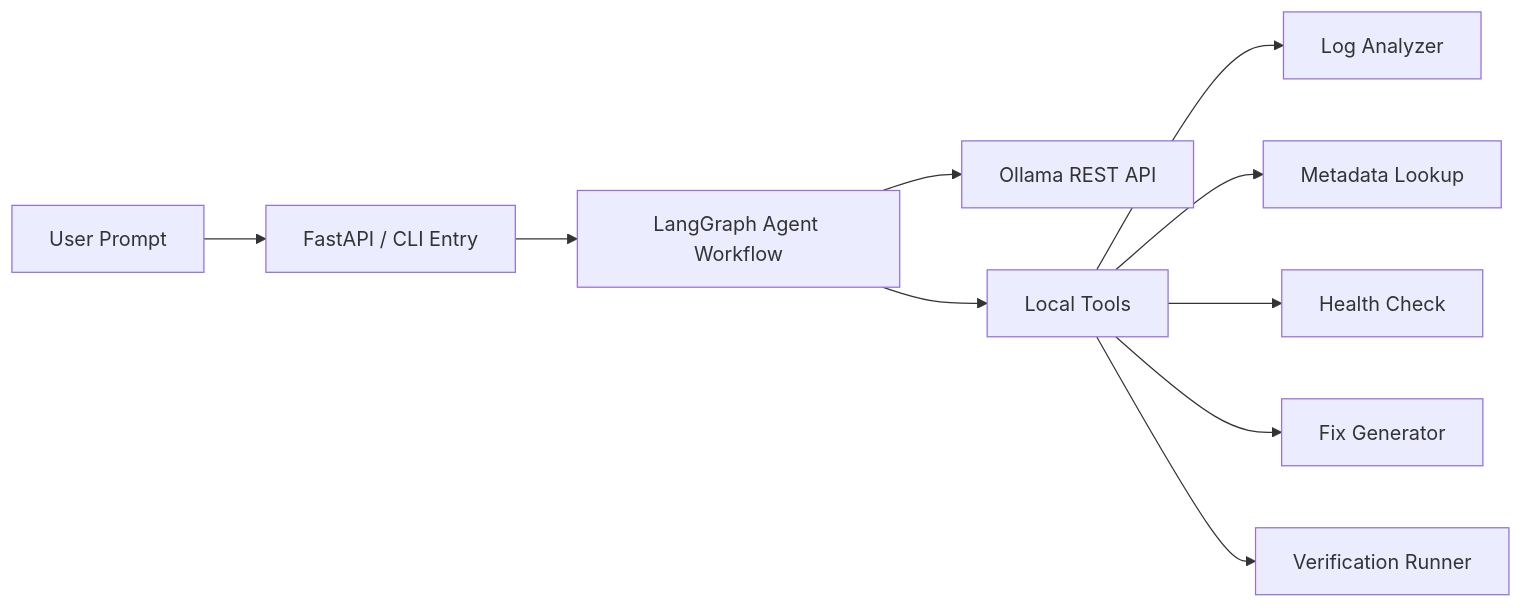
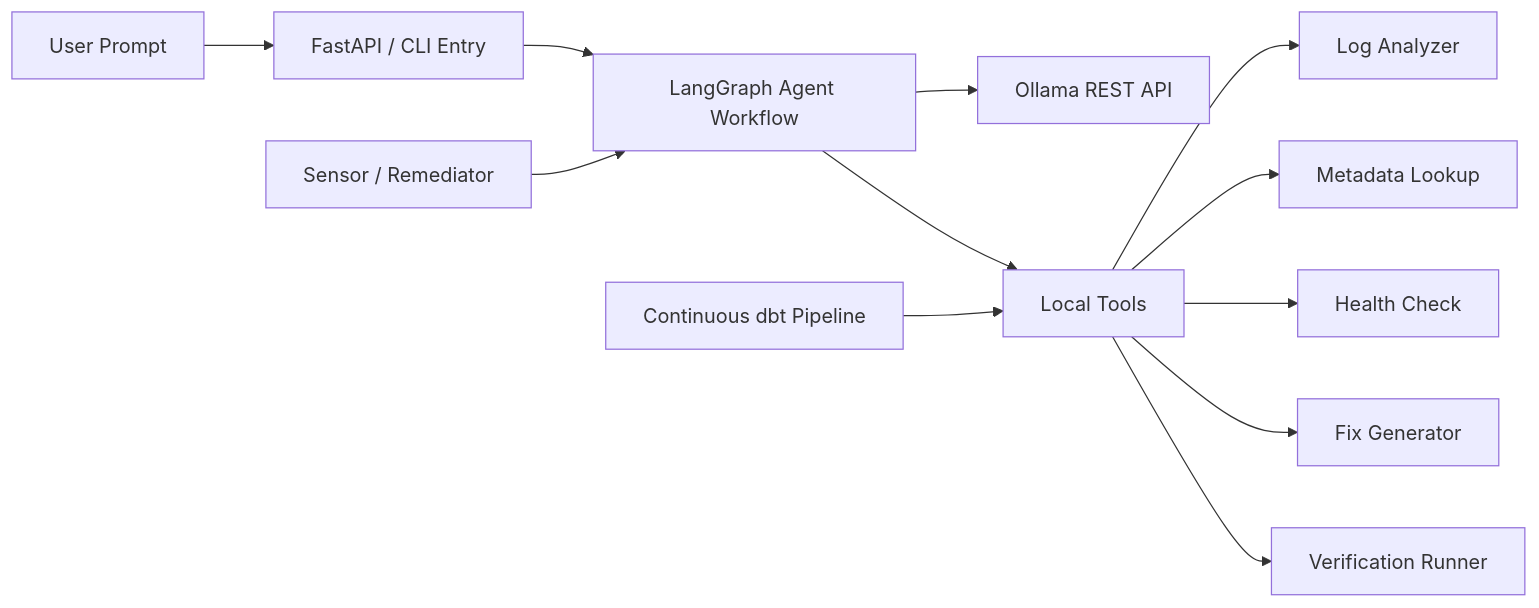
One commit to unneeks/agent-demo-de changed the first of 4 diagrams in agentic-ai-ollama-demo/README.md. Above: the diagram before and after it, drawn with Mermaid. The commit also changed other lines of this file and 28 other files, not shown here.

````diff
--- a/agentic-ai-ollama-demo/README.md
+++ b/agentic-ai-ollama-demo/README.md
@@ -86,12 +135,14 @@
 ```mermaid
 flowchart LR
     U["User Prompt"] --> A["FastAPI / CLI Entry"]
     A --> G["LangGraph Agent Workflow"]
     G --> O["Ollama REST API"]
     G --> T["Local Tools"]
     T --> L["Log Analyzer"]
     T --> M["Metadata Lookup"]
     T --> H["Health Check"]
     T --> F["Fix Generator"]
     T --> V["Verification Runner"]
+    P["Continuous dbt Pipeline"] --> T
+    S["Sensor / Remediator"] --> G
 ```
````
